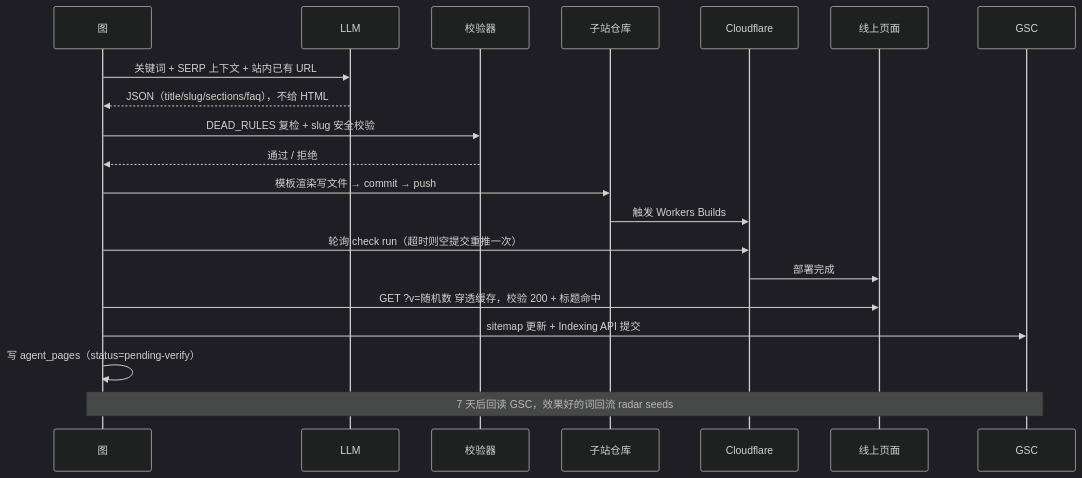
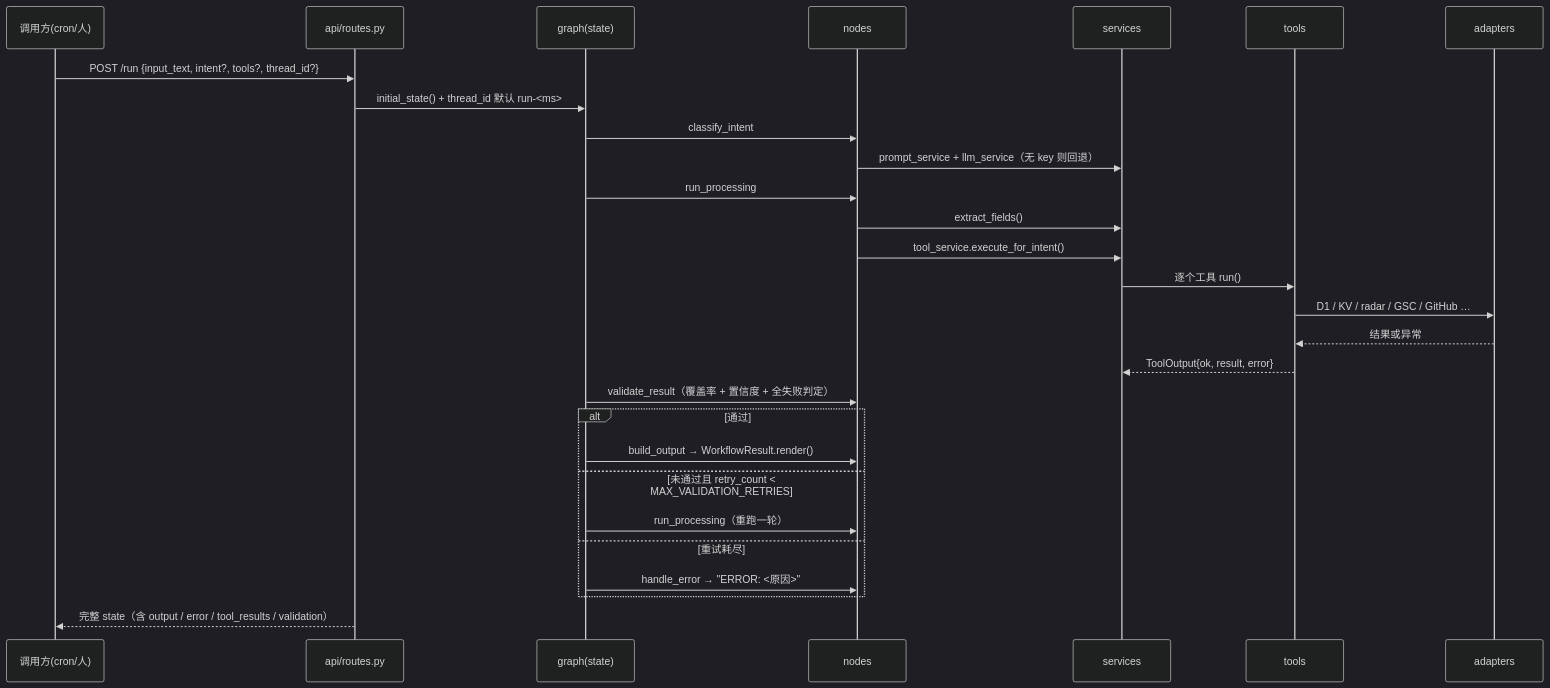
The first of 2 diagrams in docs/02-architecture.md (lvyafei2026-coder/site-agent), drawn with Mermaid (dark theme) before and after one commit. The commit also changed other lines of this file and 14 other files, not shown here.

````diff
--- a/docs/02-architecture.md
+++ b/docs/02-architecture.md
@@ -254,23 +75,31 @@
 ```mermaid
 sequenceDiagram
-    participant G as 图
-    participant L as LLM
-    participant V as 校验器
-    participant R as 子站仓库
-    participant CF as Cloudflare
-    participant W as 线上页面
-    participant GS as GSC
+  participant C as 调用方(cron/人)
+  participant A as api/routes.py
+  participant G as graph(state)
+  participant N as nodes
+  participant S as services
+  participant T as tools
+  participant X as adapters
 
-    G->>L: 关键词 + SERP 上下文 + 站内已有 URL
-    L-->>G: JSON（title/slug/sections/faq），不给 HTML
-    G->>V: DEAD_RULES 复检 + slug 安全校验
-    V-->>G: 通过 / 拒绝
-    G->>R: 模板渲染写文件 → commit → push
-    R->>CF: 触发 Workers Builds
-    G->>CF: 轮询 check run（超时则空提交重推一次）
-    CF->>W: 部署完成
-    G->>W: GET ?v=随机数 穿透缓存，校验 200 + 标题命中
-    G->>GS: sitemap 更新 + Indexing API 提交
-    G->>G: 写 agent_pages（status=pending-verify）
-    Note over G,GS: 7 天后回读 GSC，效果好的词回流 radar seeds
+  C->>A: POST /run {input_text, intent?, tools?, thread_id?}
+  A->>G: initial_state() + thread_id 默认 run-<ms>
+  G->>N: classify_intent
+  N->>S: prompt_service + llm_service（无 key 则回退）
+  G->>N: run_processing
+  N->>S: extract_fields()
+  N->>S: tool_service.execute_for_intent()
+  S->>T: 逐个工具 run()
+  T->>X: D1 / KV / radar / GSC / GitHub …
+  X-->>T: 结果或异常
+  T-->>S: ToolOutput{ok, result, error}
+  G->>N: validate_result（覆盖率 + 置信度 + 全失败判定）
+  alt 通过
+    G->>N: build_output → WorkflowResult.render()
+  else 未通过且 retry_count < MAX_VALIDATION_RETRIES
+    G->>N: run_processing（重跑一轮）
+  else 重试耗尽
+    G->>N: handle_error → "ERROR: <原因>"
+  end
+  A-->>C: 完整 state（含 output / error / tool_results / validation）
 ```
````
